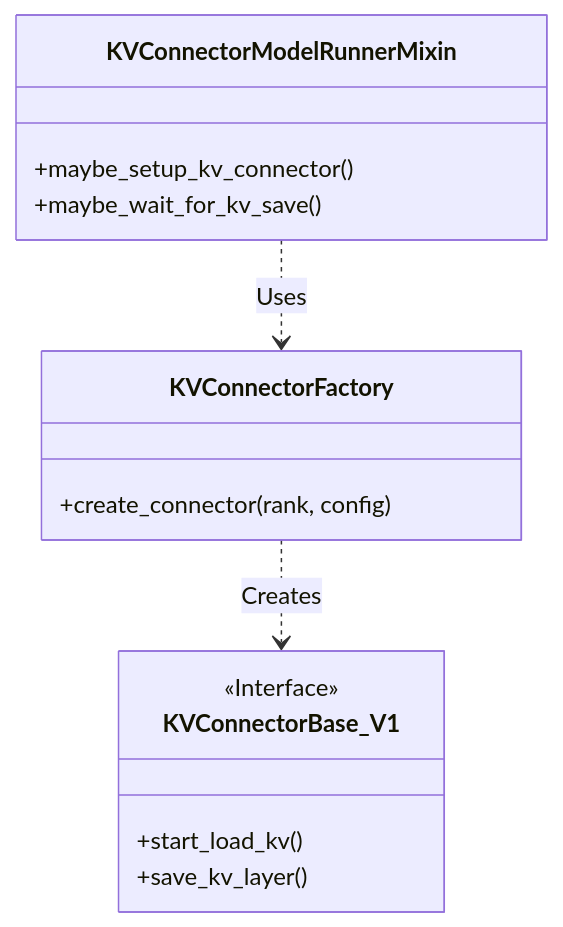
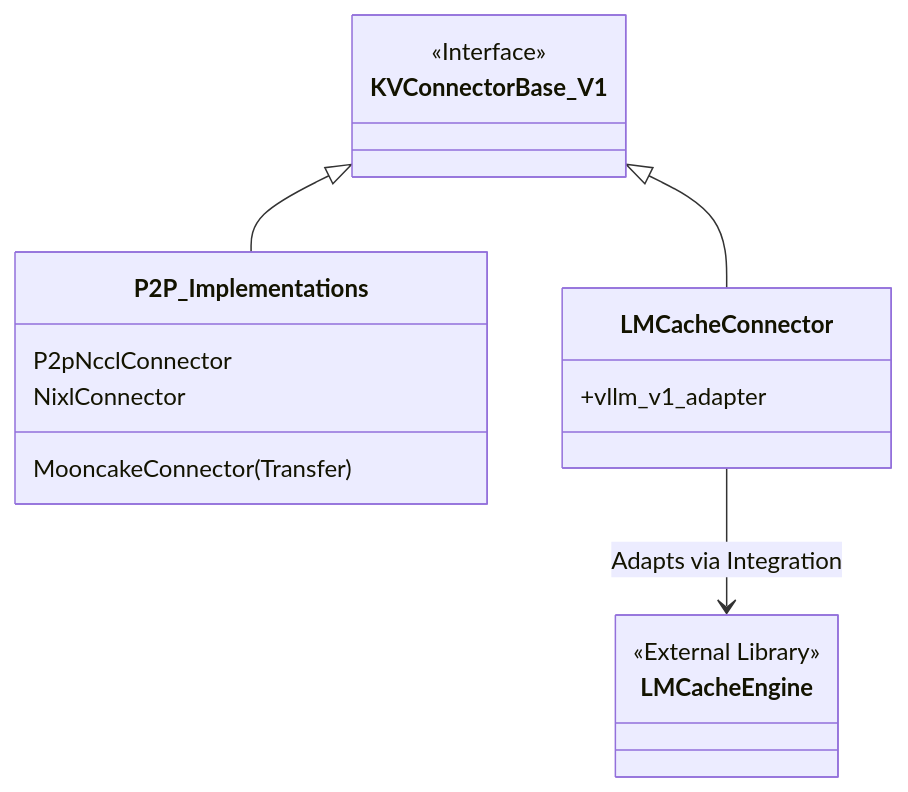
The diagram in posts/ai/kvcache/vllm-kvtransformer-缓存机制源码剖析/index.md (Icedcocon/Icedcocon.github.io), drawn with Mermaid before and after one commit. The commit also changed other lines of this file and 8 other files, not shown here.

````diff
--- a/posts/ai/kvcache/vllm-kvtransformer-缓存机制源码剖析/index.md
+++ b/posts/ai/kvcache/vllm-kvtransformer-缓存机制源码剖析/index.md
@@ -49,18 +63,24 @@
 ```mermaid
 classDiagram
-    class KVConnectorFactory {
-        +create_connector(rank, config)
-    }
-    class KVConnectorModelRunnerMixin {
-        +maybe_setup_kv_connector()
-        +maybe_wait_for_kv_save()
-    }
     class KVConnectorBase_V1 {
         <<Interface>>
-        +start_load_kv()
-        +save_kv_layer()
     }
     
-    KVConnectorModelRunnerMixin ..> KVConnectorFactory : Uses
-    KVConnectorFactory ..> KVConnectorBase_V1 : Creates
+    class P2P_Implementations {
+        P2pNcclConnector
+        NixlConnector
+        MooncakeConnector (Transfer)
+    }
+    
+    class LMCacheConnector {
+        +vllm_v1_adapter
+    }
+    
+    class LMCacheEngine {
+        <<External Library>>
+    }
+    
+    KVConnectorBase_V1 <|-- P2P_Implementations
+    KVConnectorBase_V1 <|-- LMCacheConnector
+    LMCacheConnector --> LMCacheEngine : Adapts via Integration
 ```
````
